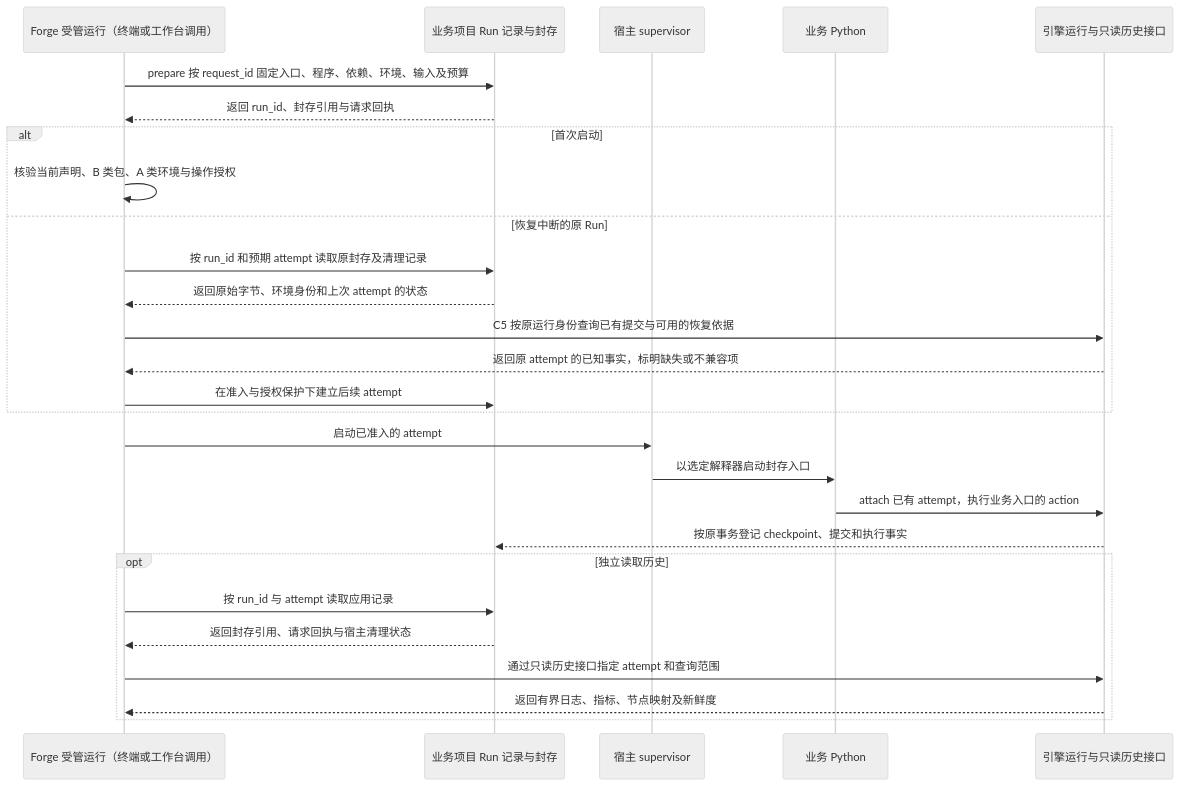
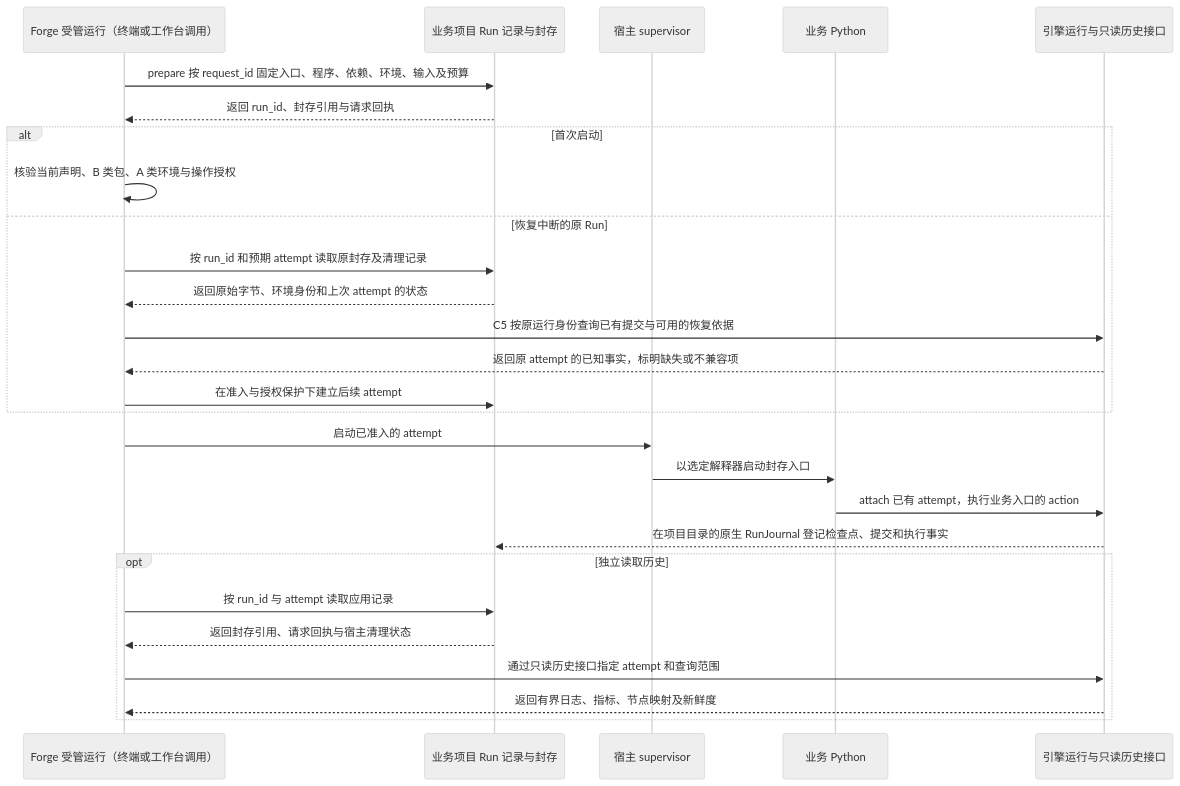
One commit to vincent9299/demiflow changed the sixth of 14 diagrams in docs/demiflow-architecture.md. Above: the diagram before and after it, drawn with Mermaid (neutral theme). The commit also changed other lines of this file, not shown here.

````diff
--- a/docs/demiflow-architecture.md
+++ b/docs/demiflow-architecture.md
@@ -235,29 +240,29 @@
 ```mermaid
 sequenceDiagram
     participant W as Forge 受管运行（终端或工作台调用）
     participant P as 业务项目 Run 记录与封存
     participant S as 宿主 supervisor
     participant B as 业务 Python
     participant E as 引擎运行与只读历史接口
     W->>P: prepare 按 request_id 固定入口、程序、依赖、环境、输入及预算
     P-->>W: 返回 run_id、封存引用与请求回执
     alt 首次启动
         W->>W: 核验当前声明、B 类包、A 类环境与操作授权
     else 恢复中断的原 Run
         W->>P: 按 run_id 和预期 attempt 读取原封存及清理记录
         P-->>W: 返回原始字节、环境身份和上次 attempt 的状态
         W->>E: C5 按原运行身份查询已有提交与可用的恢复依据
         E-->>W: 返回原 attempt 的已知事实，标明缺失或不兼容项
         W->>P: 在准入与授权保护下建立后续 attempt
     end
     W->>S: 启动已准入的 attempt
     S->>B: 以选定解释器启动封存入口
     B->>E: attach 已有 attempt，执行业务入口的 action
-    E-->>P: 按原事务登记 checkpoint、提交和执行事实
+    E-->>P: 在项目目录的原生 RunJournal 登记检查点、提交和执行事实
     opt 独立读取历史
         W->>P: 按 run_id 与 attempt 读取应用记录
         P-->>W: 返回封存引用、请求回执与宿主清理状态
         W->>E: 通过只读历史接口指定 attempt 和查询范围
         E-->>W: 返回有界日志、指标、节点映射及新鲜度
     end
 ```
````
